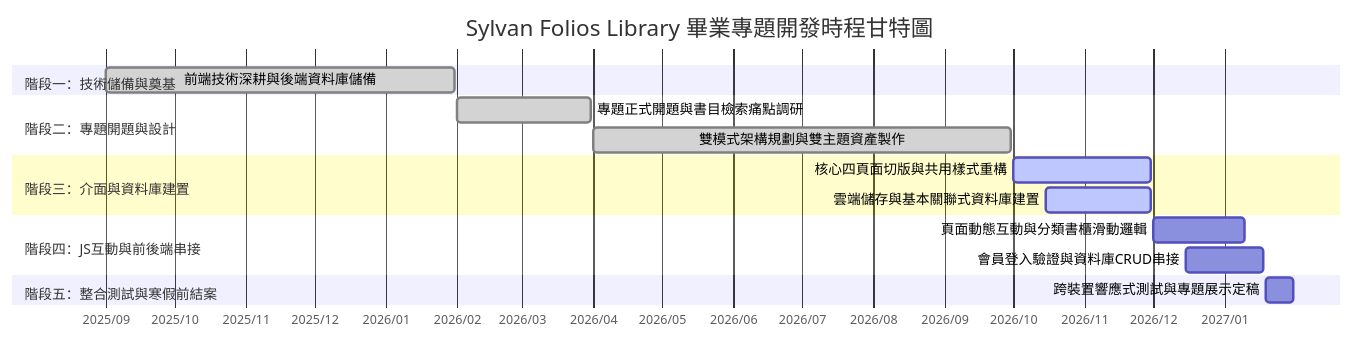
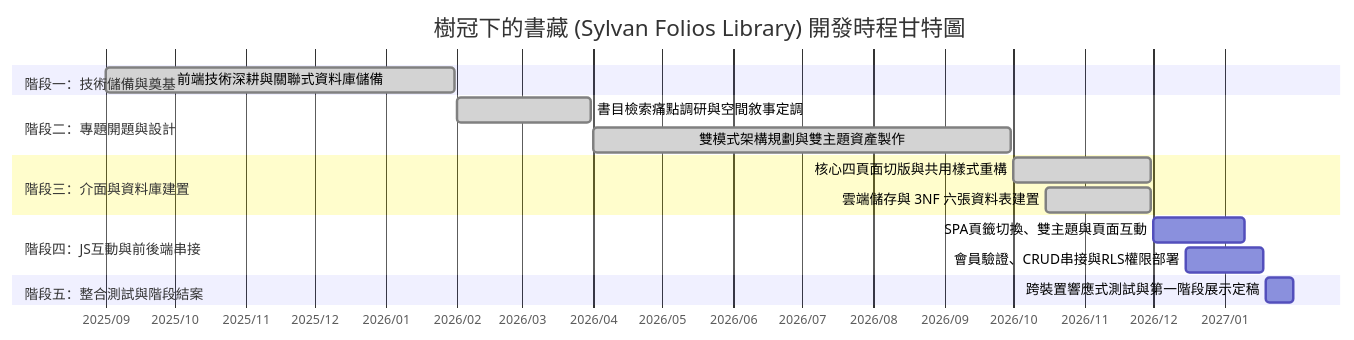
One commit to xGreedwindx/sylvan-folios-library changed the fourth of 4 diagrams in README.md. Above: the diagram before and after it, drawn with Mermaid. The commit also changed other lines of this file, not shown here.

````diff
--- a/README.md
+++ b/README.md
@@ -161,24 +179,24 @@
 ```mermaid
 gantt
-    title Sylvan Folios Library 畢業專題開發時程甘特圖
+    title 樹冠下的書藏 (Sylvan Folios Library) 開發時程甘特圖
     dateFormat YYYY-MM-DD
     axisFormat %Y/%m
 
     section 階段一：技術儲備與奠基
-    前端技術深耕與後端資料庫儲備 :done, p1_1, 2025-09-01, 2026-01-31
+    前端技術深耕與關聯式資料庫儲備 :done, p1_1, 2025-09-01, 2026-01-31
 
     section 階段二：專題開題與設計
-    專題正式開題與書目檢索痛點調研 :done, p2_1, 2026-02-01, 2026-03-31
+    書目檢索痛點調研與空間敘事定調 :done, p2_1, 2026-02-01, 2026-03-31
     雙模式架構規劃與雙主題資產製作 :done, p2_2, 2026-04-01, 2026-09-30
 
     section 階段三：介面與資料庫建置
-    核心四頁面切版與共用樣式重構   :active, p3_1, 2026-10-01, 2026-11-30
-    雲端儲存與基本關聯式資料庫建置 :active, p3_2, 2026-10-15, 2026-11-30
+    核心四頁面切版與共用樣式重構   :done, p3_1, 2026-10-01, 2026-11-30
+    雲端儲存與 3NF 六張資料表建置    :done, p3_2, 2026-10-15, 2026-11-30
 
     section 階段四：JS互動與前後端串接
-    頁面動態互動與分類書櫃滑動邏輯 :p4_1, 2026-12-01, 2027-01-10
-    會員登入驗證與資料庫CRUD串接   :p4_2, 2026-12-15, 2027-01-18
+    SPA頁籤切換、雙主題與頁面互動    :p4_1, 2026-12-01, 2027-01-10
+    會員驗證、CRUD串接與RLS權限部署  :p4_2, 2026-12-15, 2027-01-18
 
-    section 階段五：整合測試與寒假前結案
-    跨裝置響應式測試與專題展示定稿 :p5_1, 2027-01-19, 2027-01-31
+    section 階段五：整合測試與階段結案
+    跨裝置響應式測試與第一階段展示定稿 :p5_1, 2027-01-19, 2027-01-31
 ```
````
